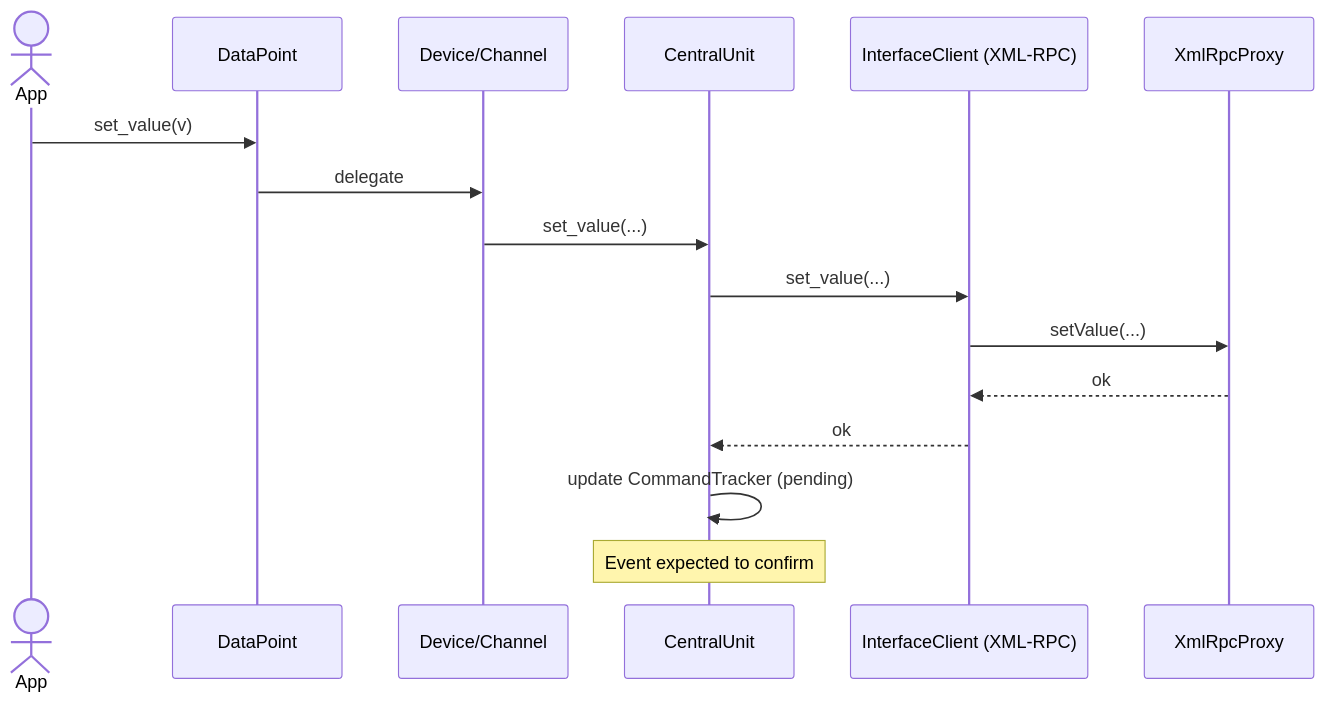
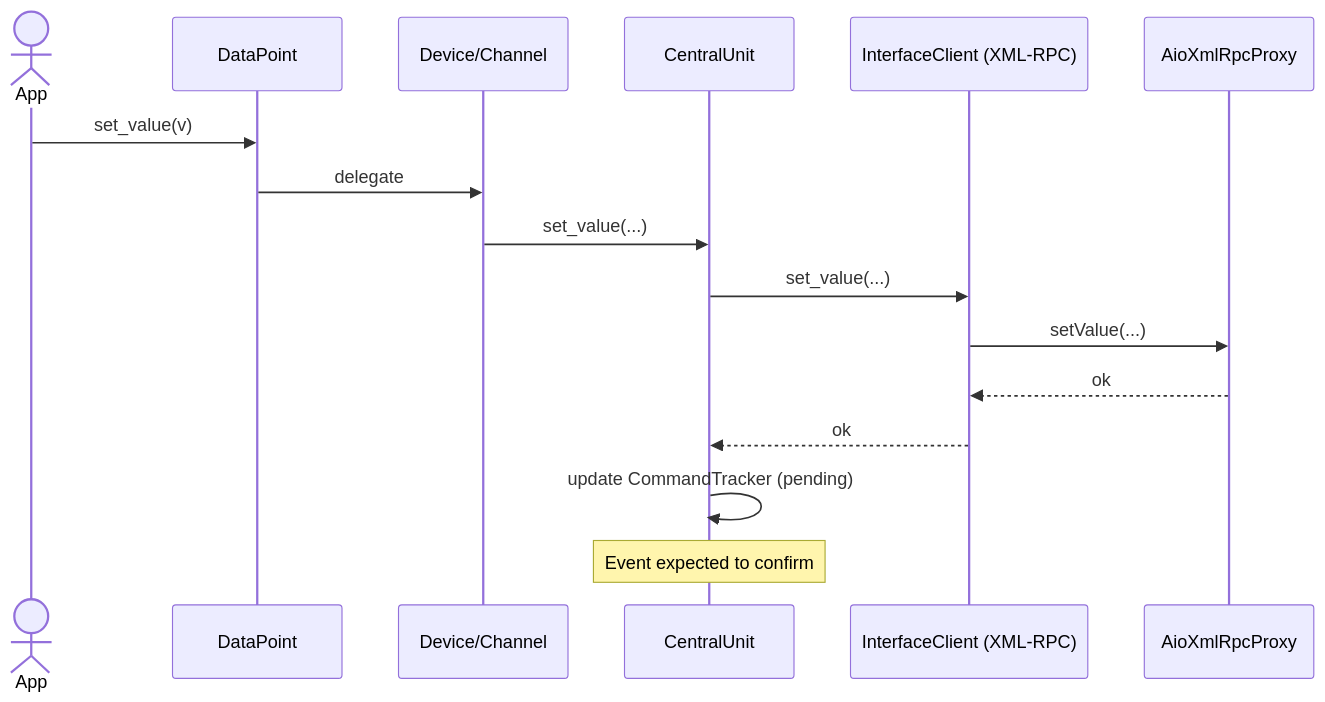
One commit to SukramJ/aiohomematic changed the third of 3 diagrams in docs/architecture/data_flow.md. Above: the diagram before and after it, drawn with Mermaid. The commit also changed other lines of this file and 19 other files, not shown here.

````diff
--- a/docs/architecture/data_flow.md
+++ b/docs/architecture/data_flow.md
@@ -156,18 +156,18 @@
 ```mermaid
 sequenceDiagram
   actor App
   participant DP as DataPoint
   participant Dev as Device/Channel
   participant C as CentralUnit
   participant CX as InterfaceClient (XML-RPC)
-  participant X as XmlRpcProxy
+  participant X as AioXmlRpcProxy
   App->>DP: set_value(v)
   DP->>Dev: delegate
   Dev->>C: set_value(...)
   C->>CX: set_value(...)
   CX->>X: setValue(...)
   X-->>CX: ok
   CX-->>C: ok
   C->>C: update CommandTracker (pending)
   note over C: Event expected to confirm
 ```
````
